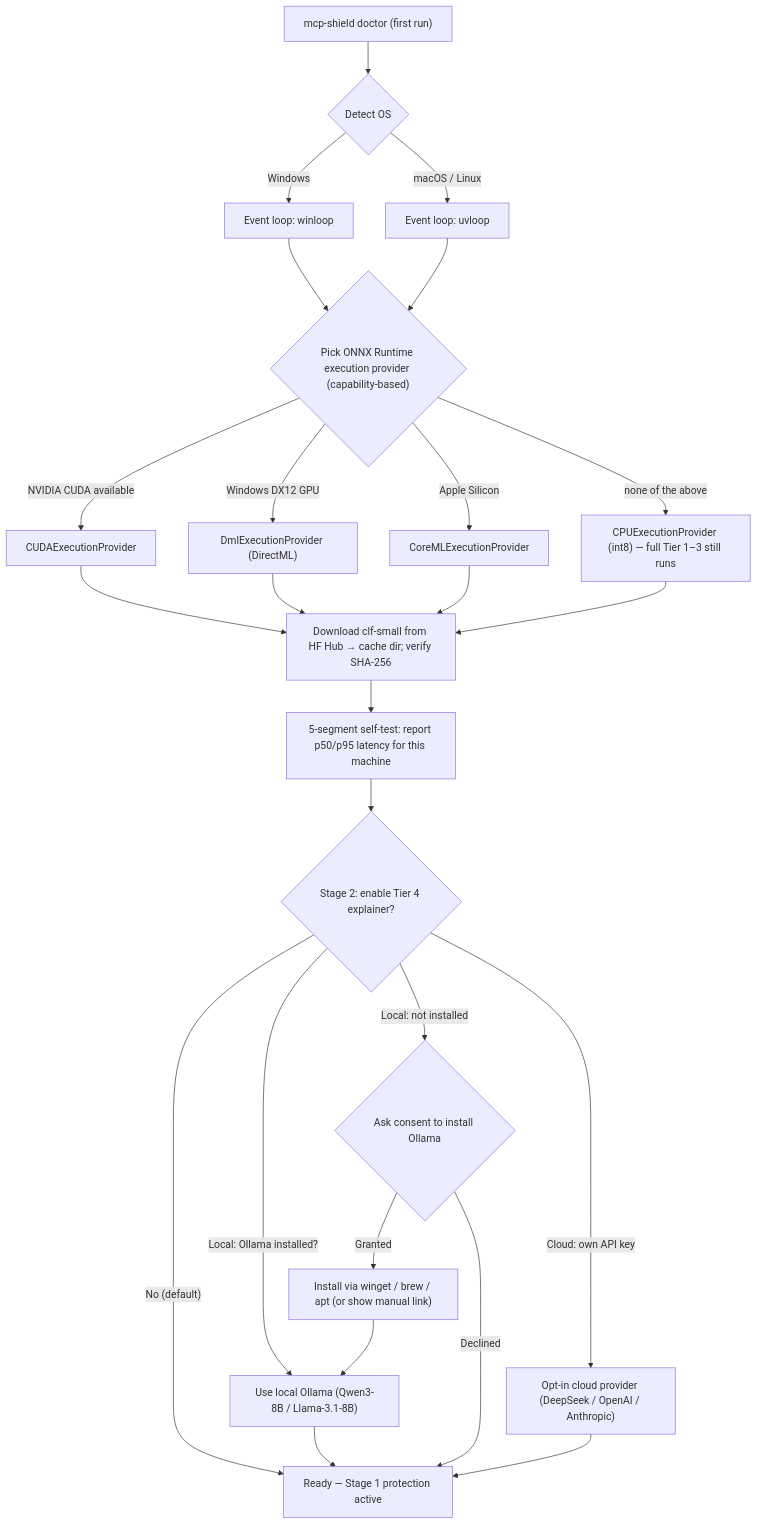
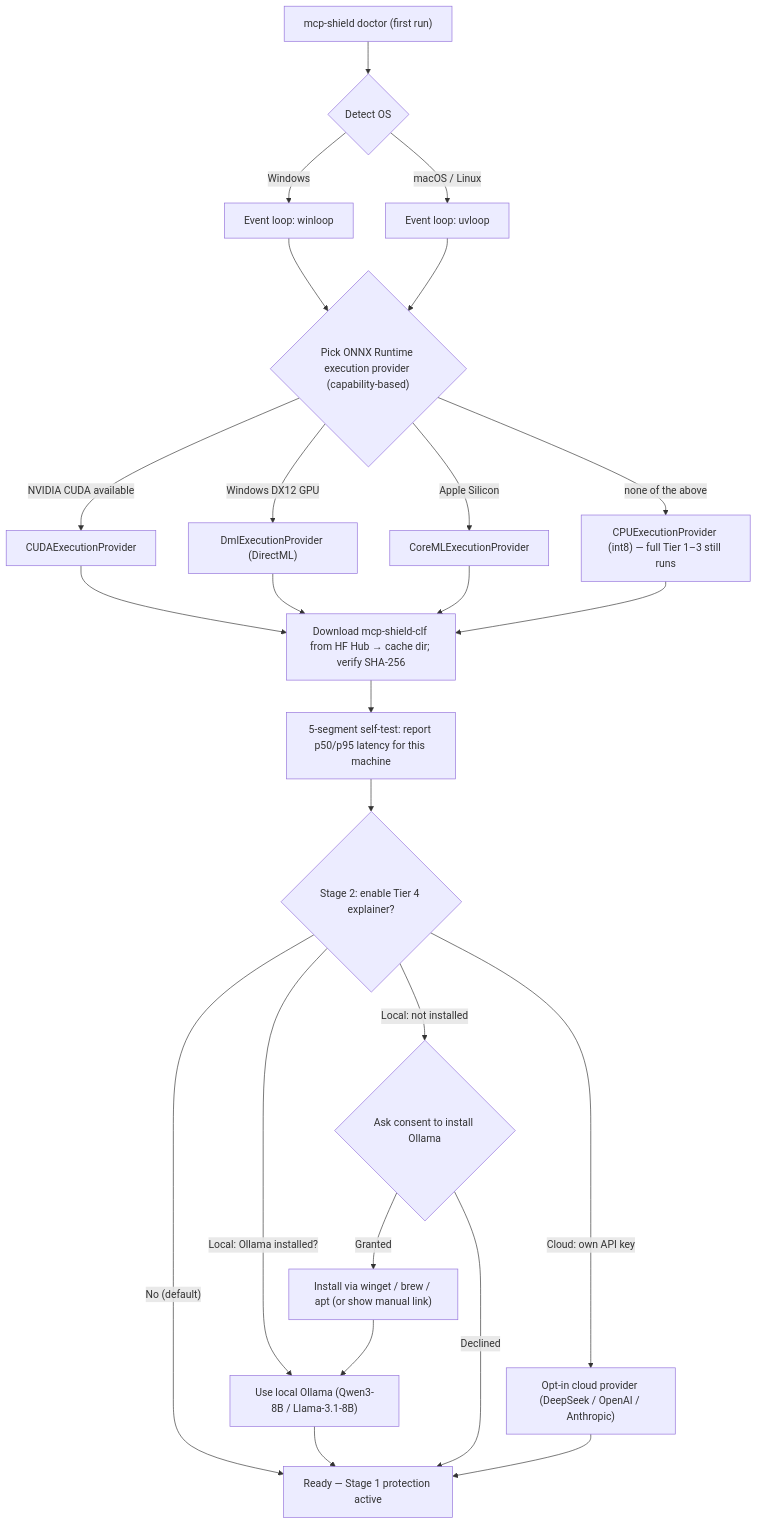
The third of 5 diagrams in 07 - Model Distribution, PyPI Packaging & Local Dashboard.md (rishikeshvarma/MCP-Shield), drawn with Mermaid before and after one commit. The commit also changed other lines of this file and 13 other files, not shown here.

First line of the commit message:
Fix table rendering in Review-2 content; export diagrams as PNGs

````diff
--- a/07 - Model Distribution, PyPI Packaging & Local Dashboard.md
+++ b/07 - Model Distribution, PyPI Packaging & Local Dashboard.md
@@ -208,29 +208,29 @@
 ```mermaid
 graph TD
     Start["mcp-shield doctor (first run)"] --> OS{"Detect OS"}
     OS -->|Windows| WLoop["Event loop: winloop"]
     OS -->|macOS / Linux| ULoop["Event loop: uvloop"]
 
     WLoop --> EP{"Pick ONNX Runtime execution provider (capability-based)"}
     ULoop --> EP
     EP -->|"NVIDIA CUDA available"| CUDA["CUDAExecutionProvider"]
     EP -->|"Windows DX12 GPU"| DML["DmlExecutionProvider (DirectML)"]
     EP -->|"Apple Silicon"| CoreML["CoreMLExecutionProvider"]
     EP -->|"none of the above"| CPU["CPUExecutionProvider (int8) — full Tier 1–3 still runs"]
 
-    CUDA --> Pull["Download clf-small from HF Hub → cache dir; verify SHA-256"]
+    CUDA --> Pull["Download mcp-shield-clf from HF Hub → cache dir; verify SHA-256"]
     DML --> Pull
     CoreML --> Pull
     CPU --> Pull
     Pull --> Bench["5-segment self-test: report p50/p95 latency for this machine"]
 
     Bench --> Explainer{"Stage 2: enable Tier 4 explainer?"}
     Explainer -->|"No (default)"| Done["Ready — Stage 1 protection active"]
     Explainer -->|"Local: Ollama installed?"| OllamaYes["Use local Ollama (Qwen3-8B / Llama-3.1-8B)"]
     Explainer -->|"Local: not installed"| Consent{"Ask consent to install Ollama"}
     Consent -->|Granted| Install["Install via winget / brew / apt (or show manual link)"] --> OllamaYes
     Consent -->|Declined| Done
     Explainer -->|"Cloud: own API key"| Cloud["Opt-in cloud provider (DeepSeek / OpenAI / Anthropic)"]
     OllamaYes --> Done
     Cloud --> Done
 ```
````
